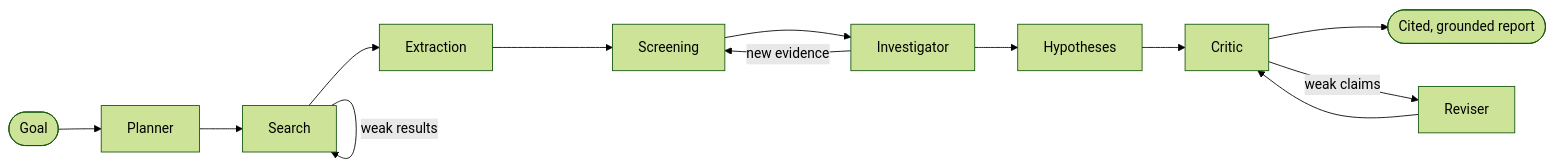
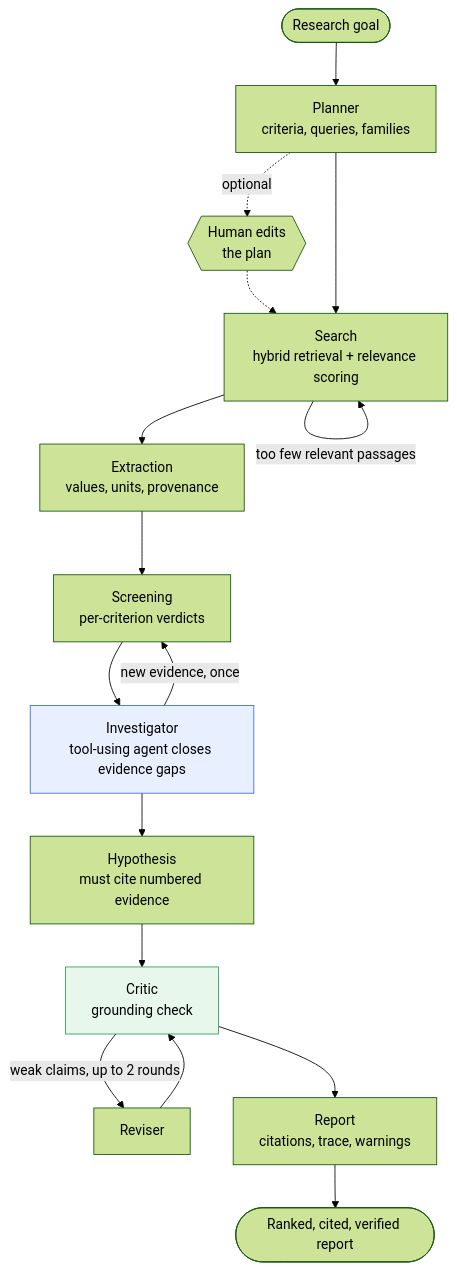
One commit to im-rk/CrucibleAI-Backend changed the first of 4 diagrams in README.md. Above: the diagram before and after it, drawn with Mermaid (forest theme). The commit also changed other lines of this file and 10 other files, not shown here.

Commit message:
Rewrite the README around the agent system, with diagrams and screenshots from a live run (#18)

````diff
--- a/README.md
+++ b/README.md
@@ -14,7 +66,20 @@
 ```mermaid
-flowchart LR
-    G([Goal]) --> P[Planner] --> S[Search] --> X[Extraction] --> C[Screening] --> I[Investigator] --> H[Hypotheses] --> V[Critic] --> O([Cited, grounded report])
-    S -->|weak results| S
-    I -->|new evidence| C
-    V -->|weak claims| R[Reviser] --> V
+flowchart TD
+    G([Research goal]) --> P[Planner<br/>criteria, queries, families]
+    P -.->|optional| H{{Human edits<br/>the plan}}
+    H -.-> S
+    P --> S[Search<br/>hybrid retrieval + relevance scoring]
+    S -->|too few relevant passages| S
+    S --> X[Extraction<br/>values, units, provenance]
+    X --> C[Screening<br/>per-criterion verdicts]
+    C --> I[Investigator<br/>tool-using agent closes evidence gaps]
+    I -->|new evidence, once| C
+    I --> Y[Hypothesis<br/>must cite numbered evidence]
+    Y --> V[Critic<br/>grounding check]
+    V -->|weak claims, up to 2 rounds| R[Reviser]
+    R --> V
+    V --> O[Report<br/>citations, trace, warnings]
+    O --> Out([Ranked, cited, verified report])
+    style I fill:#e8f0ff,stroke:#3b6fd4
+    style V fill:#e8f7ec,stroke:#2f9e5b
 ```
````
